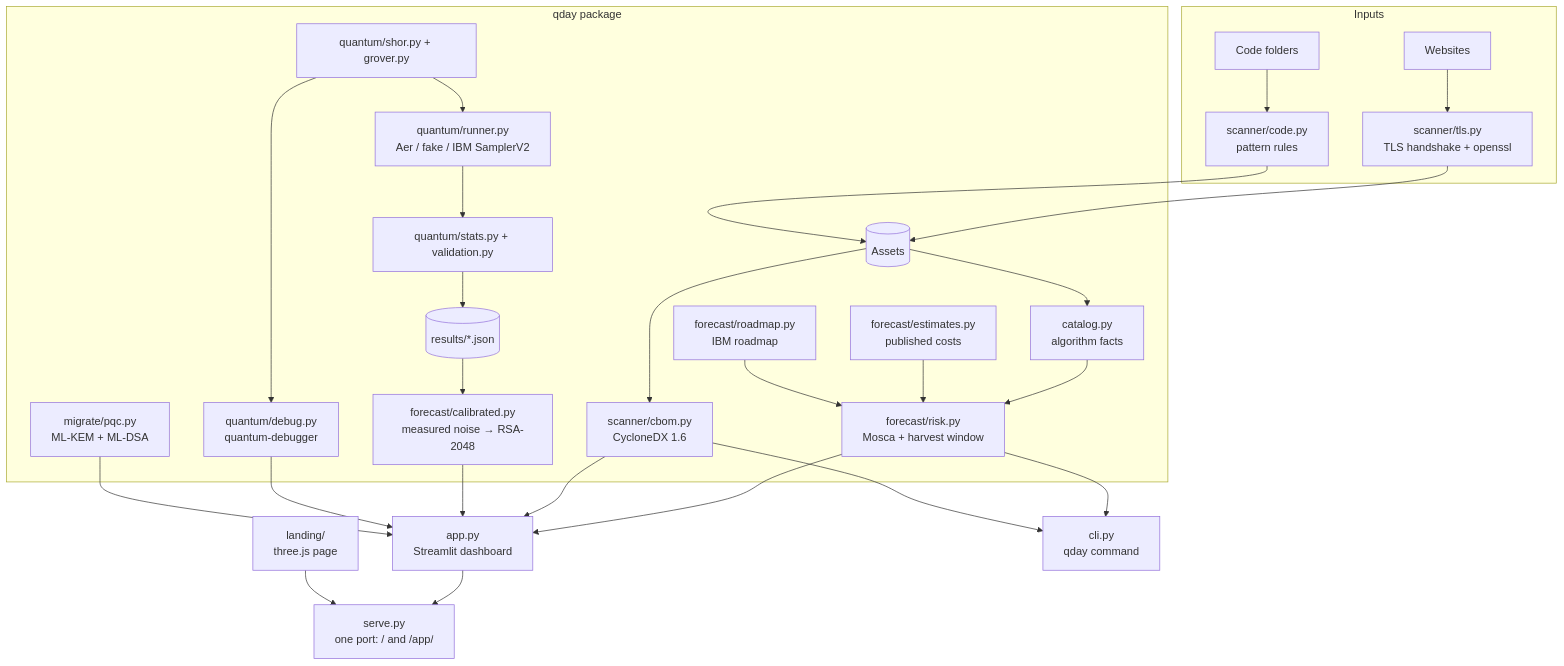
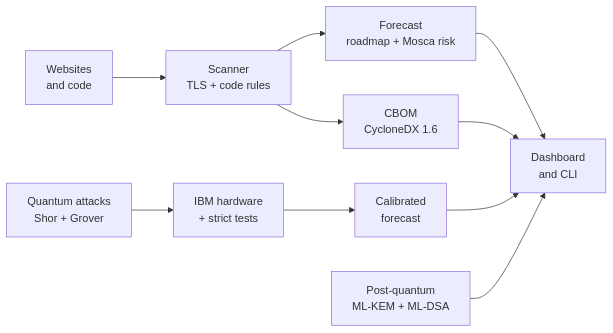
The first of 2 diagrams in docs/ARCHITECTURE.md (Raunakg2005/vtu-hc-straw-hat-pirates), drawn with Mermaid before and after one commit. The commit also changed other lines of this file and 14 other files, not shown here.

````diff
--- a/docs/ARCHITECTURE.md
+++ b/docs/ARCHITECTURE.md
@@ -8,31 +8,12 @@
 ```mermaid
-flowchart TB
-    subgraph Inputs
-      W[Websites] --> TLS
-      C[Code folders] --> CODE
-    end
-    subgraph qday["qday package"]
-      TLS[scanner/tls.py<br>TLS handshake + openssl] --> A[(Assets)]
-      CODE[scanner/code.py<br>pattern rules] --> A
-      A --> CAT[catalog.py<br>algorithm facts]
-      CAT --> RISK[forecast/risk.py<br>Mosca + harvest window]
-      EST[forecast/estimates.py<br>published costs] --> RISK
-      ROAD[forecast/roadmap.py<br>IBM roadmap] --> RISK
-      A --> CBOM[scanner/cbom.py<br>CycloneDX 1.6]
-      Q[quantum/shor.py + grover.py] --> RUN[quantum/runner.py<br>Aer / fake / IBM SamplerV2]
-      RUN --> VAL[quantum/stats.py + validation.py]
-      Q --> DBG[quantum/debug.py<br>quantum-debugger]
-      RES[(results/*.json)] --> CAL[forecast/calibrated.py<br>measured noise → RSA-2048]
-      PQC[migrate/pqc.py<br>ML-KEM + ML-DSA]
-    end
-    RISK --> UI
-    CBOM --> UI
-    VAL --> RES
-    CAL --> UI
-    DBG --> UI
-    PQC --> UI
-    UI[app.py<br>Streamlit dashboard] --> SRV[serve.py<br>one port: / and /app/]
-    LAND[landing/<br>three.js page] --> SRV
-    RISK --> CLI[cli.py<br>qday command]
-    CBOM --> CLI
+flowchart LR
+    IN[Websites<br>and code] --> SCAN[Scanner<br>TLS + code rules]
+    SCAN --> FC[Forecast<br>roadmap + Mosca risk]
+    SCAN --> CBOM[CBOM<br>CycloneDX 1.6]
+    QC[Quantum attacks<br>Shor + Grover] --> HW[IBM hardware<br>+ strict tests]
+    HW --> CAL[Calibrated<br>forecast]
+    FC --> OUT[Dashboard<br>and CLI]
+    CBOM --> OUT
+    CAL --> OUT
+    PQC[Post-quantum<br>ML-KEM + ML-DSA] --> OUT
 ```
````
